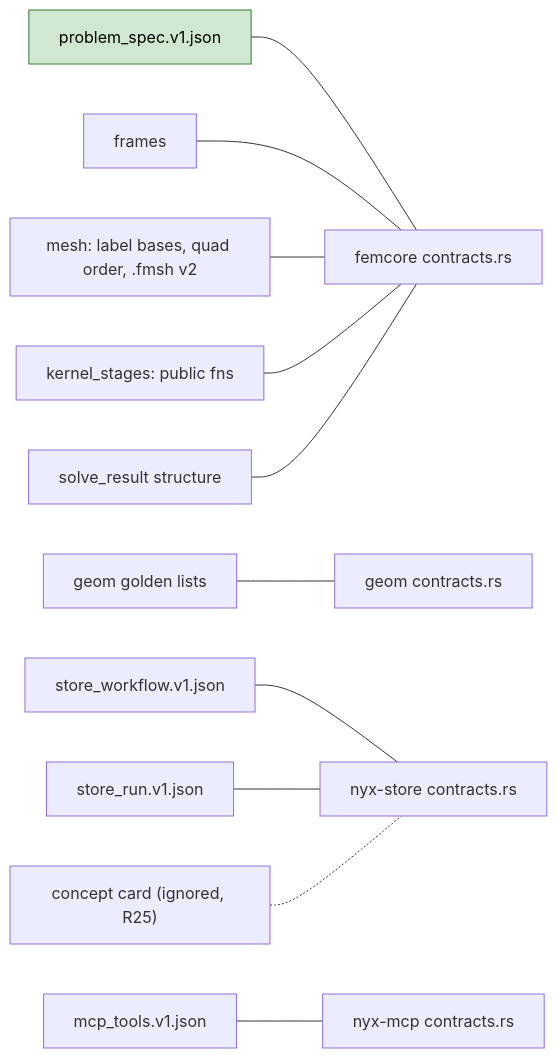
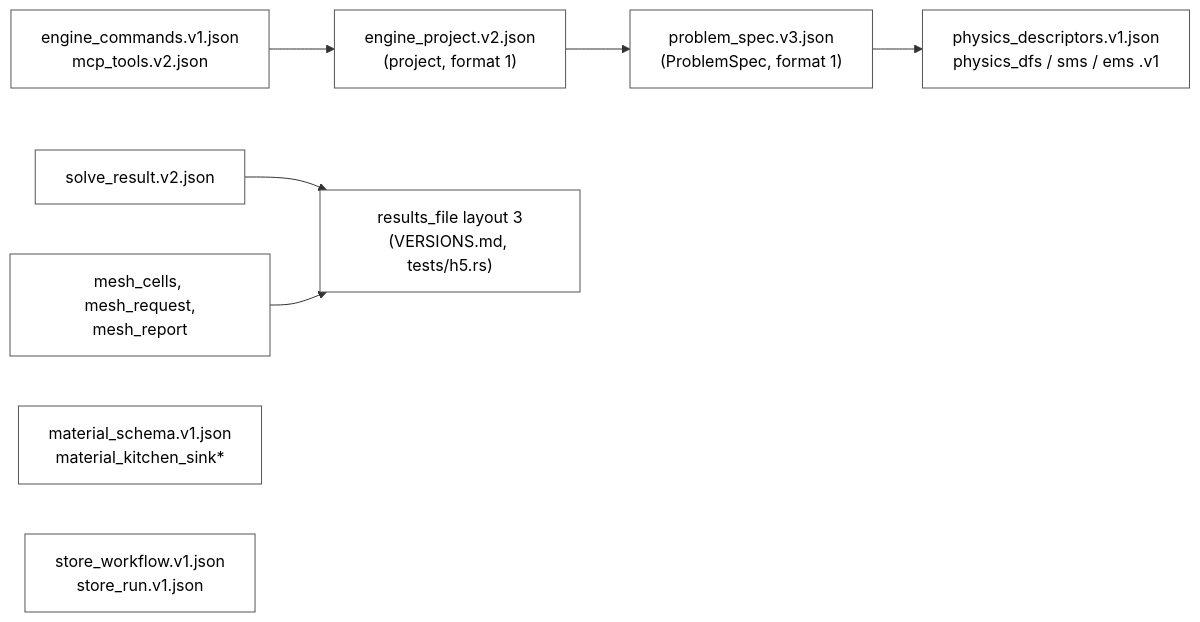
Before and after one commit to p-j-r/nyx: the seventh of 7 diagrams in docs/architecture/diagrams.md, drawn with Mermaid. The commit also changed other lines of this file and 50 other files, not shown here.

````diff
--- a/docs/architecture/diagrams.md
+++ b/docs/architecture/diagrams.md
@@ -153,14 +184,18 @@
 ```mermaid
 flowchart LR
-  classDef c fill:#cfe8cf,stroke:#2e7d32,color:#000
-  P[problem_spec.v1.json]:::c --- T1[femcore contracts.rs]
-  F[frames] --- T1
-  Mh[mesh: label bases, quad order, .fmsh v2] --- T1
-  KS[kernel_stages: public fns] --- T1
-  SR[solve_result structure] --- T1
-  G[geom golden lists] --- T2[geom contracts.rs]
-  SW[store_workflow.v1.json] --- T3[nyx-store contracts.rs]
-  SRn[store_run.v1.json] --- T3
-  SC["concept card (ignored, R25)"] -.- T3
-  MT[mcp_tools.v1.json] --- T4[nyx-mcp contracts.rs]
+  classDef c fill:#fff,stroke:#555,color:#000
+  P["engine_project.v2.json<br/>(project, format 1)"]:::c
+  Q["problem_spec.v3.json<br/>(ProblemSpec, format 1)"]:::c
+  R["solve_result.v2.json"]:::c
+  D["physics_descriptors.v1.json<br/>physics_dfs / sms / ems .v1"]:::c
+  K["engine_commands.v1.json<br/>mcp_tools.v2.json"]:::c
+  M["mesh_cells, mesh_request,<br/>mesh_report"]:::c
+  X["material_schema.v1.json<br/>material_kitchen_sink*"]:::c
+  S["store_workflow.v1.json<br/>store_run.v1.json"]:::c
+  H["results_file layout 3<br/>(VERSIONS.md, tests/h5.rs)"]:::c
+  P --> Q
+  Q --> D
+  K --> P
+  R --> H
+  M --> H
 ```
````
